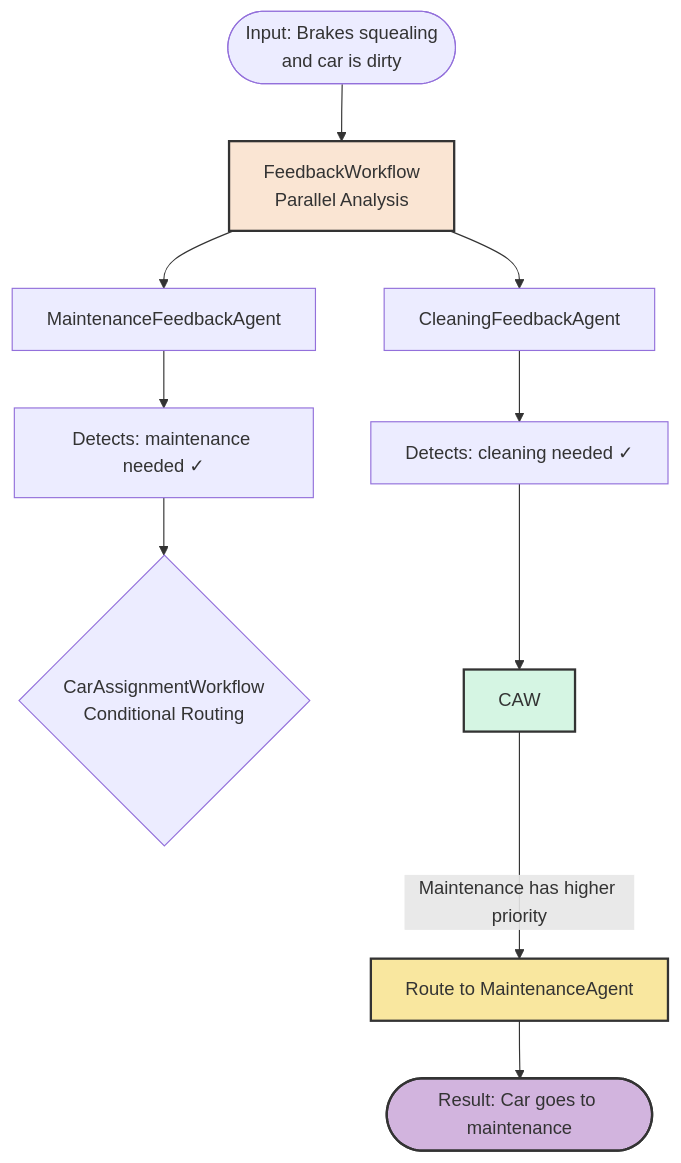
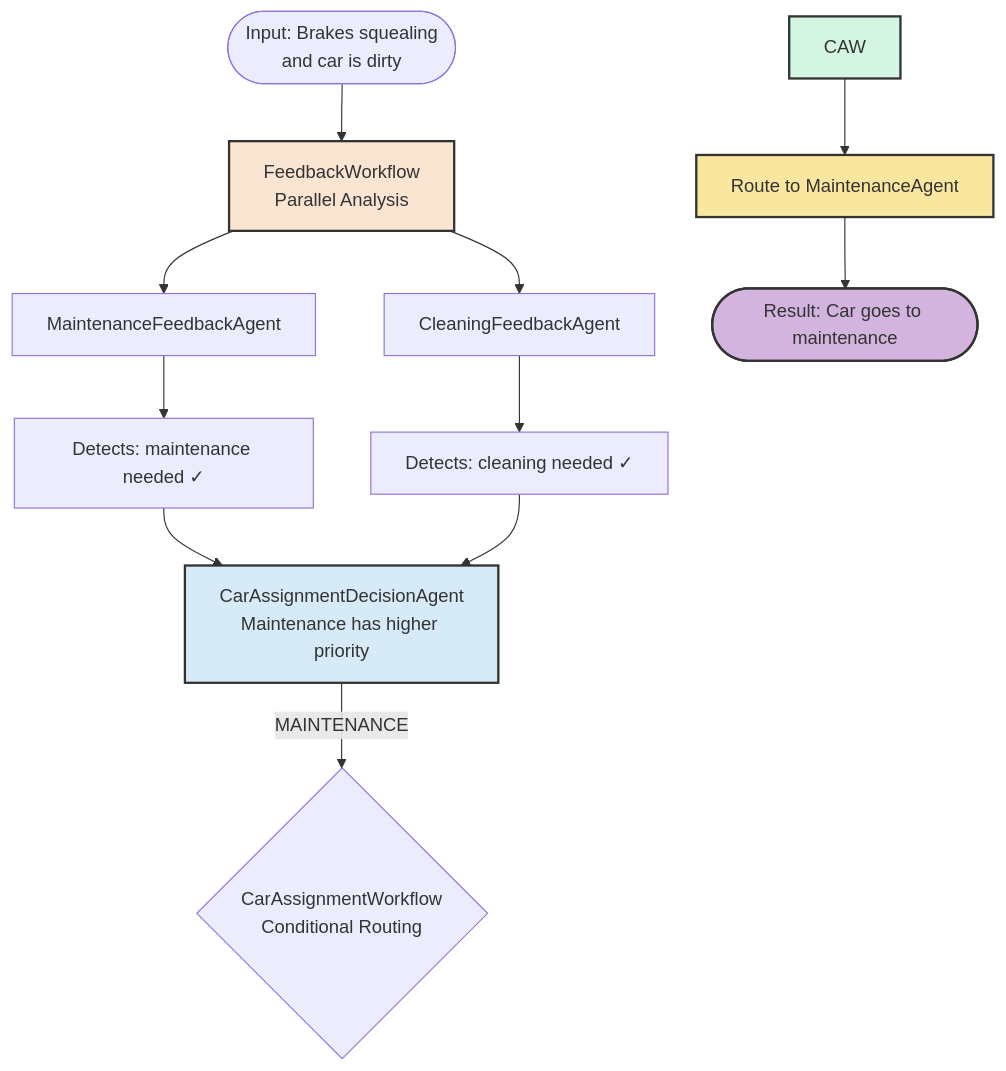
One commit to quarkusio/quarkus-workshop-langchain4j changed the fourth of 6 diagrams in docs/content/section-2/step-03.md. Above: the diagram before and after it, drawn with Mermaid. The commit also changed other lines of this file and 73 other files, not shown here.

````diff
--- a/docs/content/section-2/step-03.md
+++ b/docs/content/section-2/step-03.md
@@ -246,23 +276,26 @@
 ```mermaid
 flowchart TD
     Start([Input: Brakes squealing <br>and car is dirty])
     
     Start --> FW[FeedbackWorkflow<br/>Parallel Analysis]
     
     FW --> MFA[MaintenanceFeedbackAgent]
     FW --> CFA[CleaningFeedbackAgent]
     
     MFA --> MR[Detects: maintenance needed ✓]
     CFA --> CR[Detects: cleaning needed ✓]
     
-    MR --> CAW\{CarAssignmentWorkflow<br/>Conditional Routing}
-    CR --> CAW
+    MR --> DA[CarAssignmentDecisionAgent<br/>Maintenance has higher priority]
+    CR --> DA
     
-    CAW -->|Maintenance has higher priority| MA[Route to MaintenanceAgent]
+    DA -->|MAINTENANCE| CAW\{CarAssignmentWorkflow<br/>Conditional Routing}
+    
+    CAW --> MA[Route to MaintenanceAgent]
     MA --> Result([Result: Car goes to maintenance])
     
     style FW fill:#FAE5D3,stroke:#333,stroke-width:2,color:#333
+    style DA fill:#D6EAF8,stroke:#333,stroke-width:2,color:#333
     style CAW fill:#D5F5E3,stroke:#333,stroke-width:2,color:#333
     style MA fill:#F9E79F,stroke:#333,stroke-width:2,color:#333
     style Result fill:#D2B4DE,stroke:#333,stroke-width:2,color:#333
 ```
````
